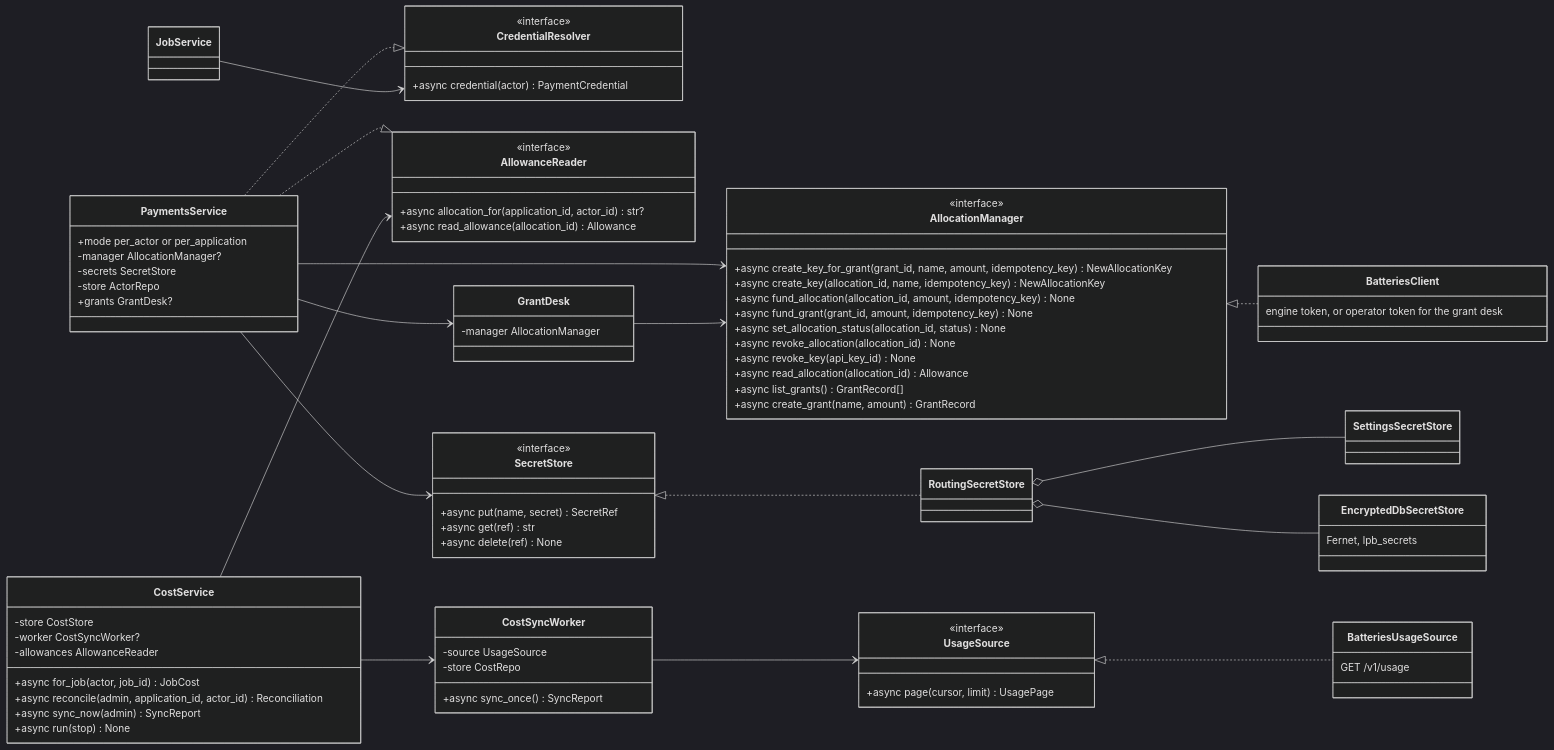
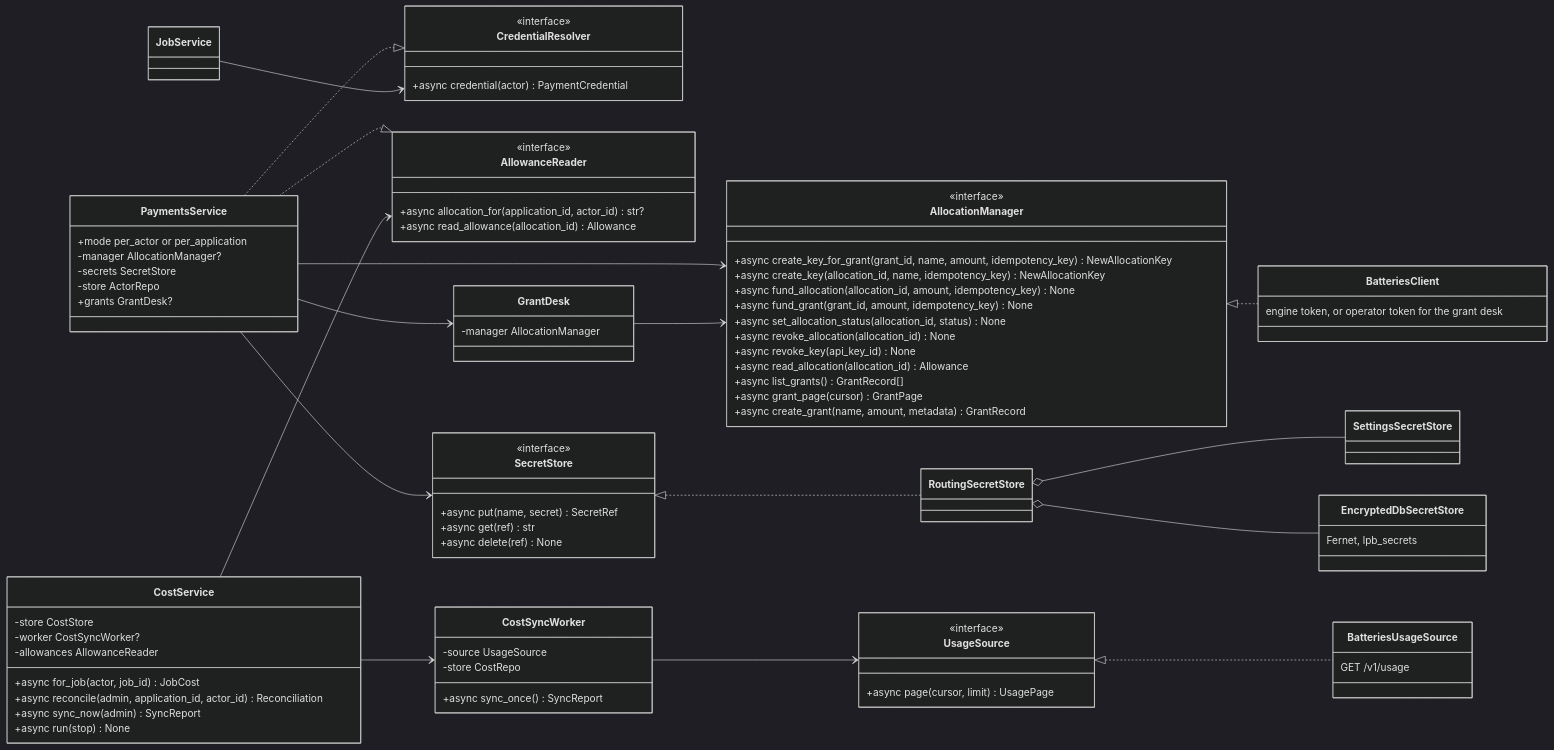
Before and after one commit to NE-Build-Track/livepeer-builder-core: the fifth of 18 diagrams in docs/design-docs/interfaces-and-http-servers.md, drawn with Mermaid (dark theme). The commit also changed other lines of this file and 69 other files, not shown here.

```diff
--- a/docs/design-docs/interfaces-and-http-servers.md
+++ b/docs/design-docs/interfaces-and-http-servers.md
@@ -364,7 +364,8 @@
         +async revoke_key(api_key_id) None
         +async read_allocation(allocation_id) Allowance
         +async list_grants() GrantRecord[]
-        +async create_grant(name, amount) GrantRecord
+        +async grant_page(cursor) GrantPage
+        +async create_grant(name, amount, metadata) GrantRecord
     }
     class UsageSource {
         <<interface>>
```
